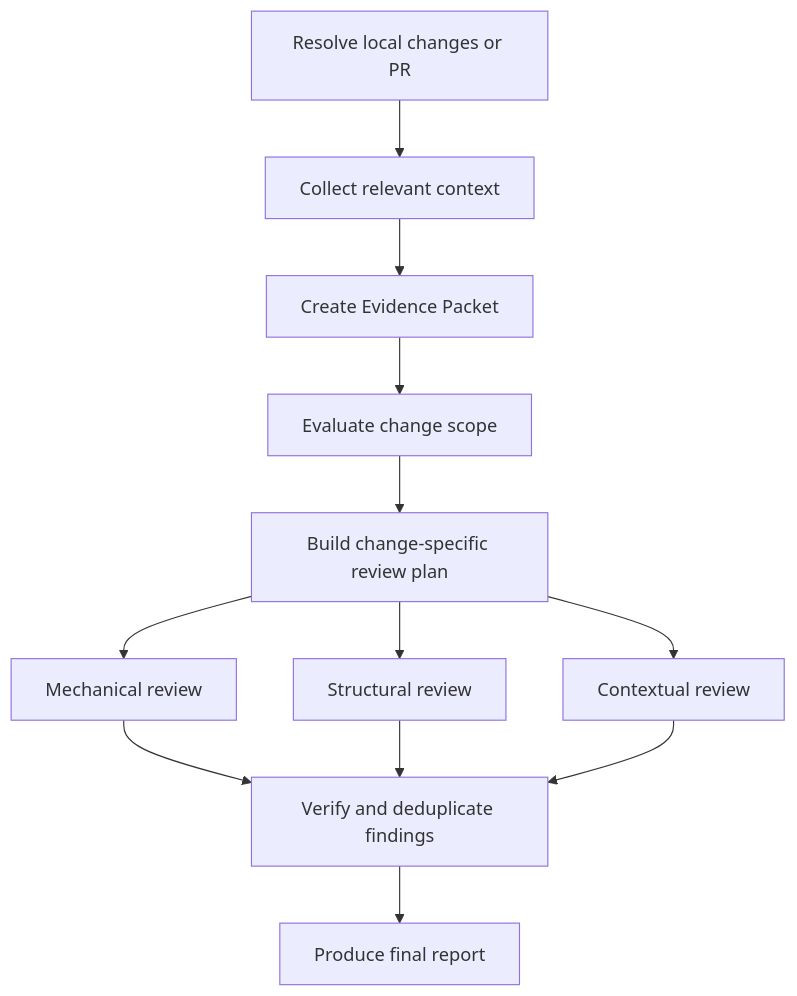
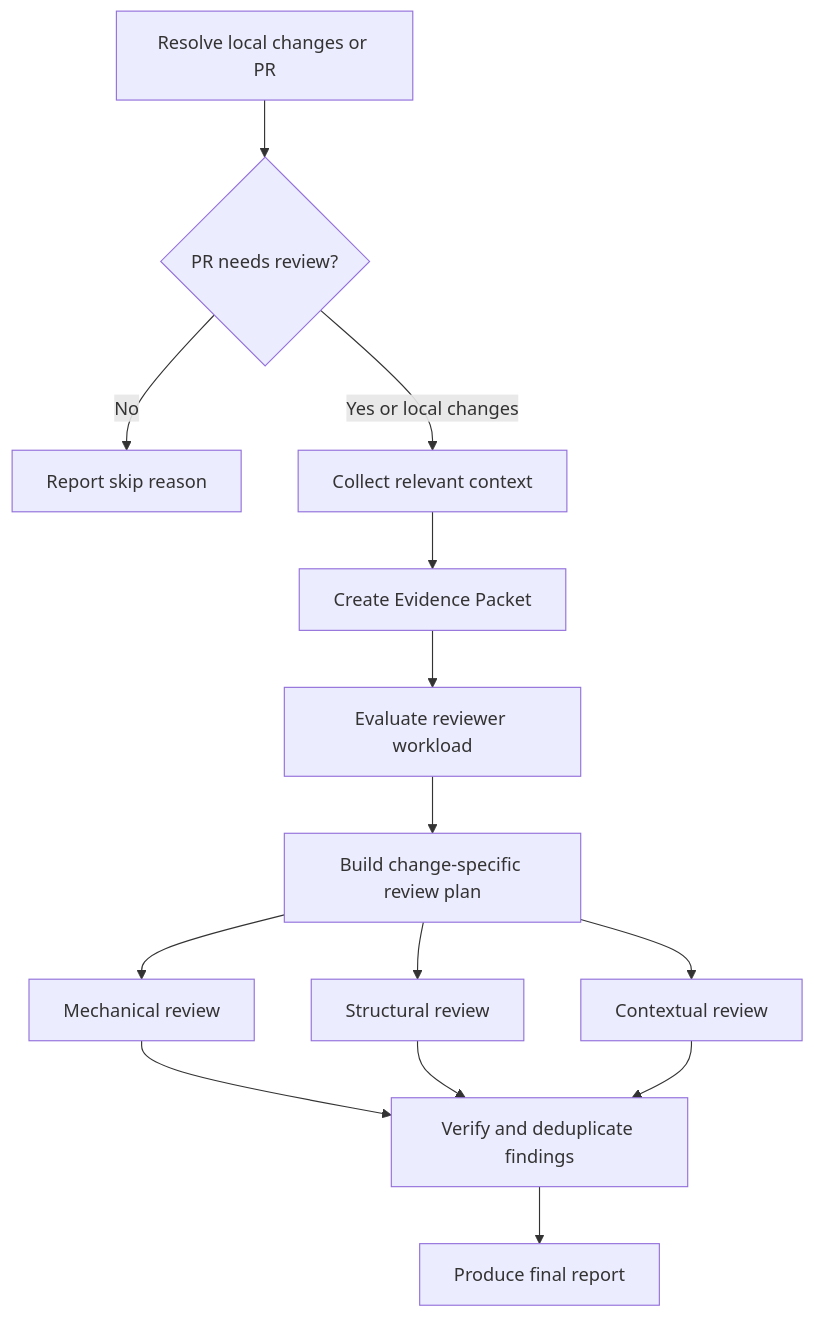
One commit to takuto-san/review changed the diagram in README.md. Above: the diagram before and after it, drawn with Mermaid. The commit also changed other lines of this file and 16 other files, not shown here.

````diff
--- a/README.md
+++ b/README.md
@@ -320,14 +324,16 @@
 ```mermaid
 flowchart TD
-    A[Resolve local changes or PR] --> B[Collect relevant context]
-    B --> C[Create Evidence Packet]
-    C --> D[Evaluate change scope]
-    D --> E[Build change-specific review plan]
-    E --> F1[Mechanical review]
-    E --> F2[Structural review]
-    E --> F3[Contextual review]
-    F1 --> G[Verify and deduplicate findings]
-    F2 --> G
-    F3 --> G
-    G --> H[Produce final report]
+    A[Resolve local changes or PR] --> B{PR needs review?}
+    B -->|No| X[Report skip reason]
+    B -->|Yes or local changes| C[Collect relevant context]
+    C --> D[Create Evidence Packet]
+    D --> E[Evaluate reviewer workload]
+    E --> F[Build change-specific review plan]
+    F --> G1[Mechanical review]
+    F --> G2[Structural review]
+    F --> G3[Contextual review]
+    G1 --> H[Verify and deduplicate findings]
+    G2 --> H
+    G3 --> H
+    H --> I[Produce final report]
 ```
````
